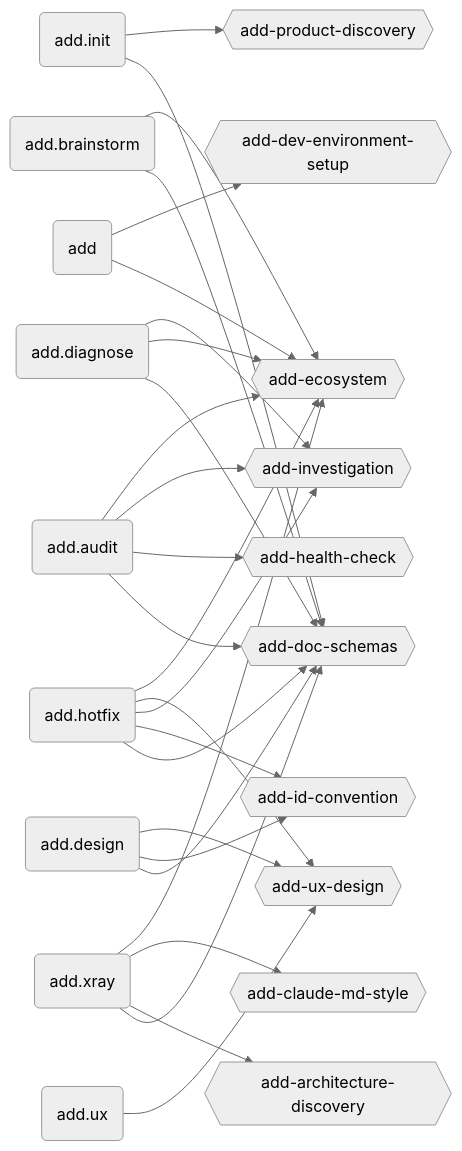
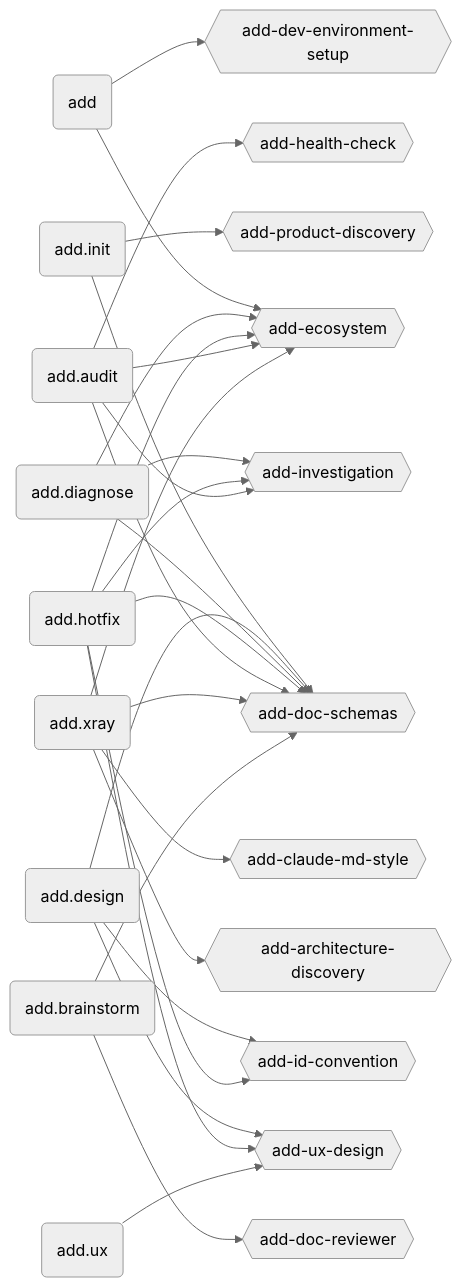
The second of 4 diagrams in ecosystem.md (brabos-ai/code-addiction), drawn with Mermaid (neutral theme) before and after one commit.

Commit message:
docs(ecosystem): regenerate ecosystem map after opencode provider addition

````diff
--- a/ecosystem.md
+++ b/ecosystem.md
@@ -54,33 +54,34 @@
 ```mermaid
 graph LR
   ADD(add)
   INIT(add.init)
   DESIGN(add.design)
   DIAGNOSE(add.diagnose)
   HOTFIX(add.hotfix)
   AUDIT(add.audit)
   XRAY(add.xray)
   BRAINSTORM(add.brainstorm)
   UX_CMD(add.ux)
 
   ECO{{add-ecosystem}}
   DS{{add-doc-schemas}}
   ID{{add-id-convention}}
   UX{{add-ux-design}}
   IV{{add-investigation}}
   PD{{add-product-discovery}}
   HC{{add-health-check}}
   AD{{add-architecture-discovery}}
   CMS{{add-claude-md-style}}
   DE{{add-dev-environment-setup}}
+  DR{{add-doc-reviewer}}
 
   ADD --> ECO & DE
   INIT --> DS & PD
   DESIGN --> DS & ID & UX
   DIAGNOSE --> DS & ECO & IV
   HOTFIX --> DS & ID & IV & UX & ECO
   AUDIT --> DS & HC & IV & ECO
   XRAY --> DS & AD & CMS & ECO
-  BRAINSTORM --> DS & ECO
+  BRAINSTORM --> DS & DR
   UX_CMD --> UX
 ```
````
